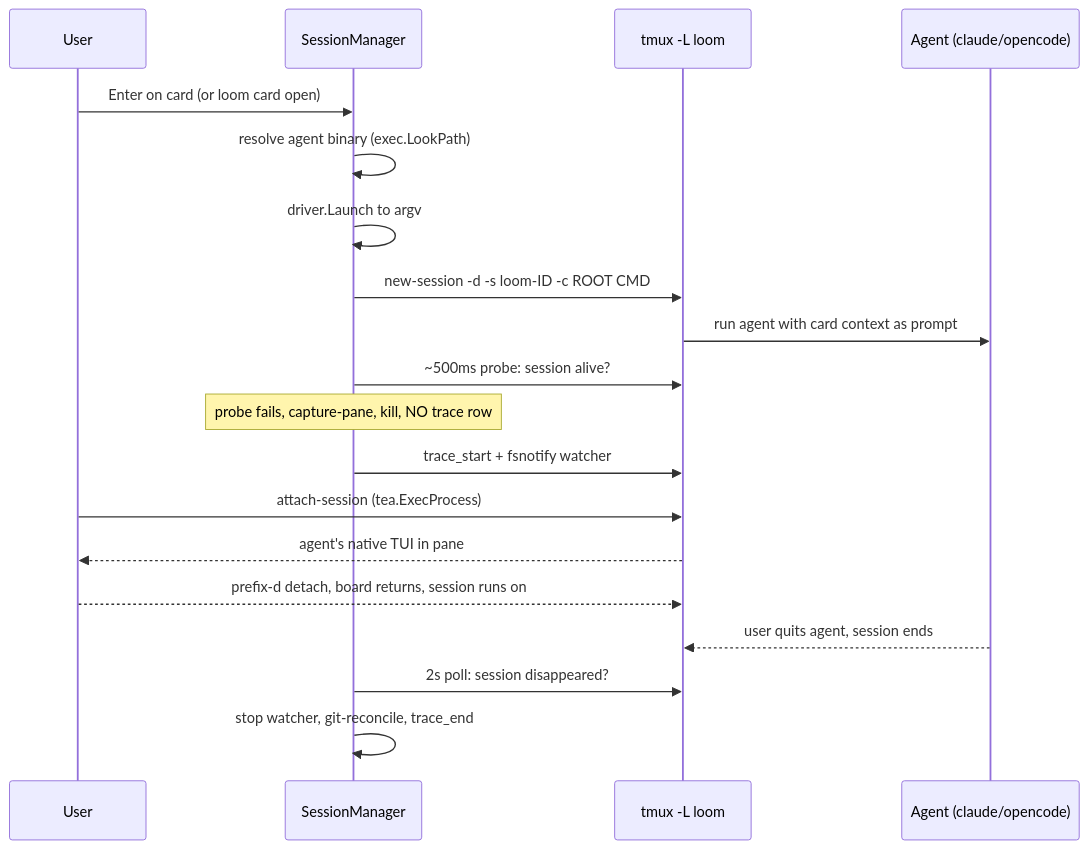
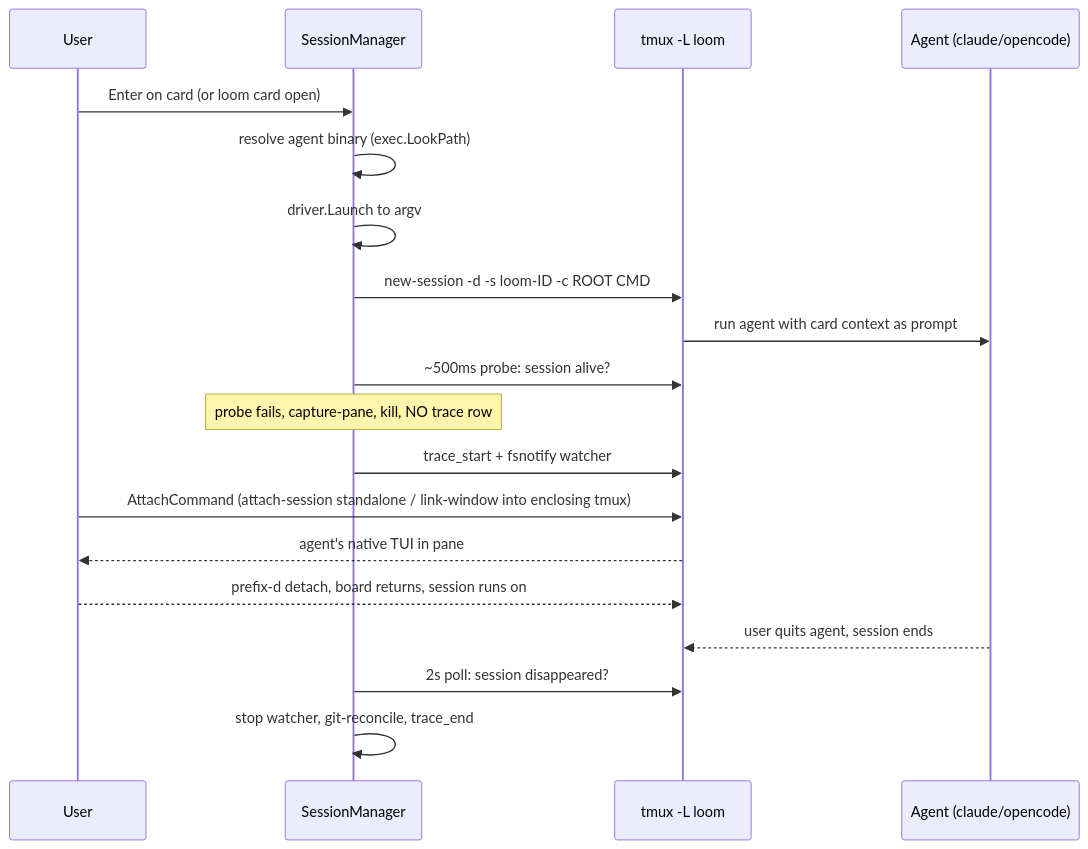
Before and after one commit to tuan-nng/loom: the diagram in wiki/architecture/session-model.md, drawn with Mermaid. The commit also changed other lines of this file and 12 other files, not shown here.

Commit message:
Refresh codebase wiki: TUI restyle + enclosing-tmux attach handoff implemented

````diff
--- a/wiki/architecture/session-model.md
+++ b/wiki/architecture/session-model.md
@@ -14,21 +14,21 @@
 ```mermaid
 sequenceDiagram
     participant U as User
     participant SM as SessionManager
     participant T as tmux -L loom
     participant A as Agent (claude/opencode)
     U->>SM: Enter on card (or loom card open)
     SM->>SM: resolve agent binary (exec.LookPath)
     SM->>SM: driver.Launch to argv
     SM->>T: new-session -d -s loom-ID -c ROOT CMD
     T->>A: run agent with card context as prompt
     SM->>T: ~500ms probe: session alive?
     Note over SM: probe fails, capture-pane, kill, NO trace row
     SM->>T: trace_start + fsnotify watcher
-    U->>T: attach-session (tea.ExecProcess)
+    U->>T: AttachCommand (attach-session standalone / link-window into enclosing tmux)
     T-->>U: agent's native TUI in pane
     U-->>T: prefix-d detach, board returns, session runs on
     A-->>T: user quits agent, session ends
     SM->>T: 2s poll: session disappeared?
     SM->>SM: stop watcher, git-reconcile, trace_end
 ```
````
